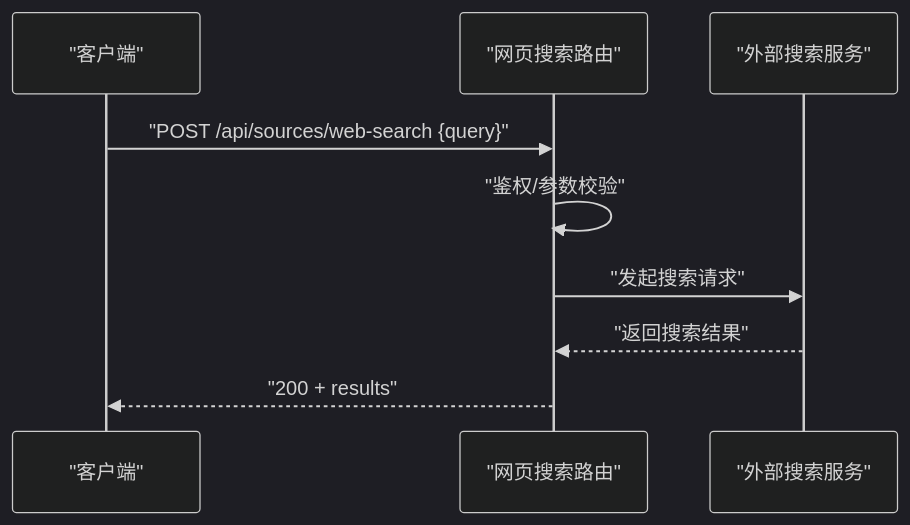
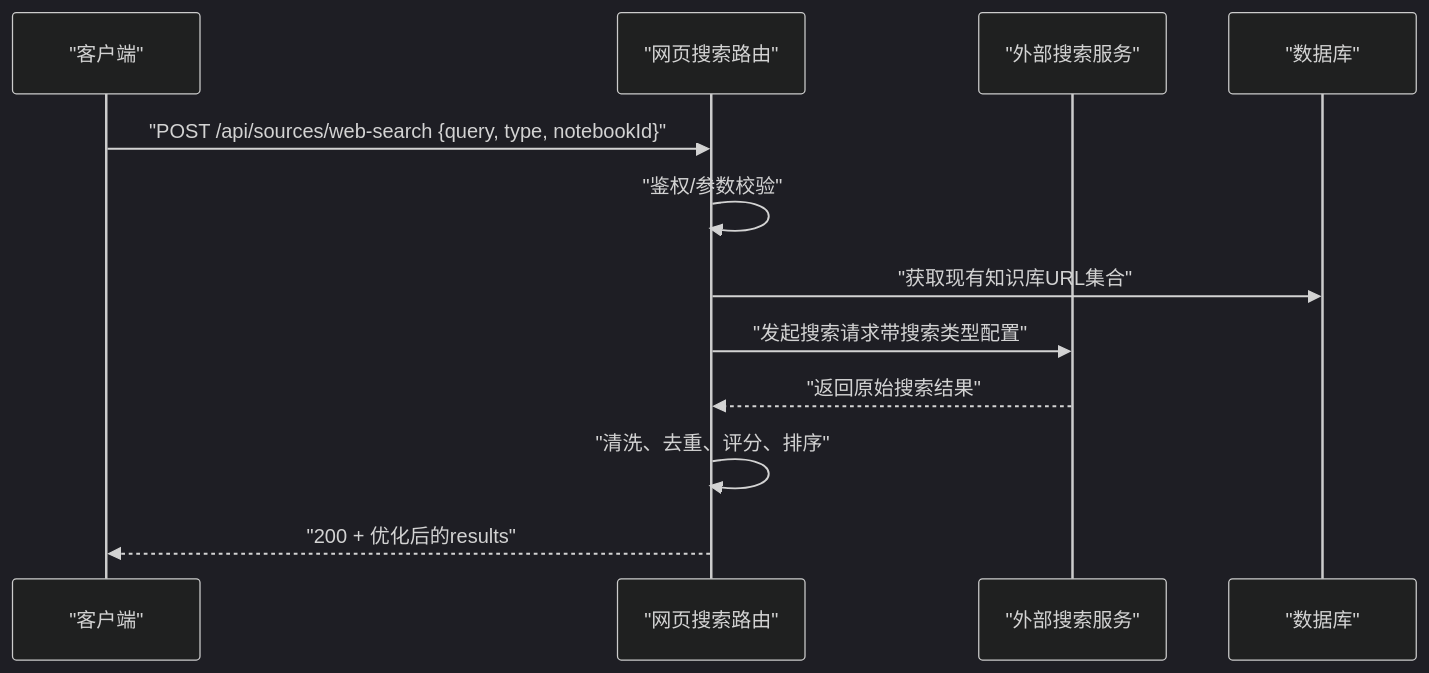
Before and after one commit to lbl-bm/notebookLM-clone: the sixth of 9 diagrams in .qoder/repowiki/zh/content/API 接口文档/Sources 导入 API.md, drawn with Mermaid (dark theme). The commit also changed other lines of this file and 13 other files, not shown here.

````diff
--- a/.qoder/repowiki/zh/content/API 接口文档/Sources 导入 API.md
+++ b/.qoder/repowiki/zh/content/API 接口文档/Sources 导入 API.md
@@ -273,11 +277,14 @@
 ```mermaid
 sequenceDiagram
 participant C as "客户端"
 participant WS as "网页搜索路由"
 participant Z as "外部搜索服务"
-C->>WS : "POST /api/sources/web-search {query}"
+participant DB as "数据库"
+C->>WS : "POST /api/sources/web-search {query, type, notebookId}"
 WS->>WS : "鉴权/参数校验"
-WS->>Z : "发起搜索请求"
-Z-->>WS : "返回搜索结果"
-WS-->>C : "200 + results"
+WS->>DB : "获取现有知识库URL集合"
+WS->>Z : "发起搜索请求带搜索类型配置"
+Z-->>WS : "返回原始搜索结果"
+WS->>WS : "清洗、去重、评分、排序"
+WS-->>C : "200 + 优化后的results"
 ```
````
